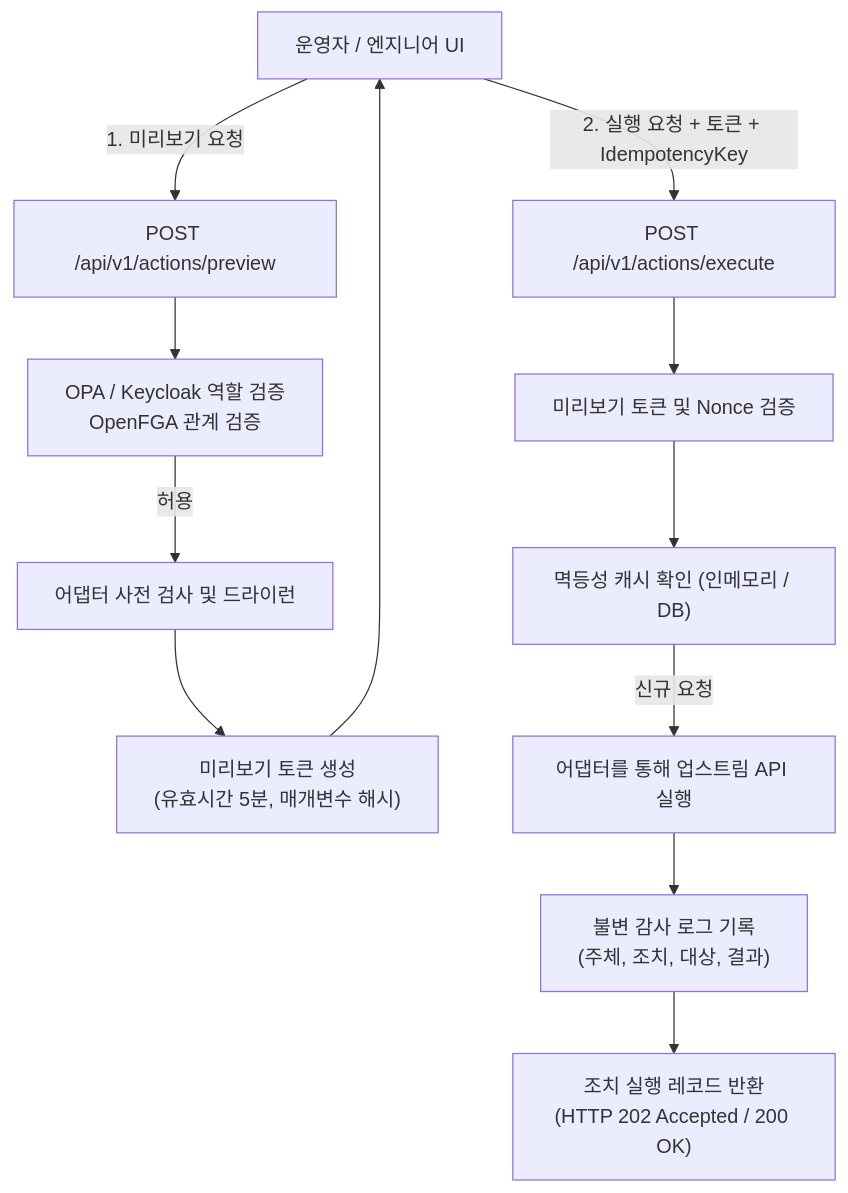
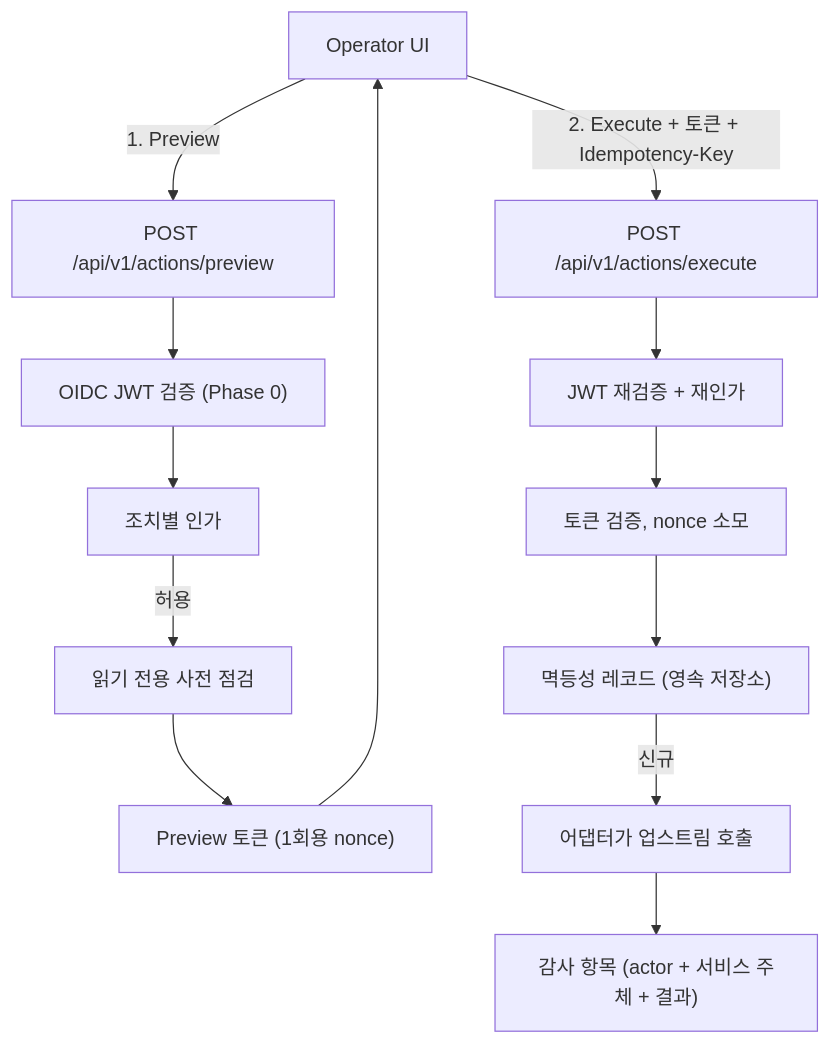
Before and after one commit to dasomel/beluga-manager: the diagram in docs/adr/0006-safe-actions-ko.md, drawn with Mermaid. The commit also changed other lines of this file and 3 other files, not shown here.

````diff
--- a/docs/adr/0006-safe-actions-ko.md
+++ b/docs/adr/0006-safe-actions-ko.md
@@ -107,14 +108,15 @@
 ```mermaid
 flowchart TD
-    User["운영자 / 엔지니어 UI"] -->|1. 미리보기 요청| Preview["POST /api/v1/actions/preview"]
-    Preview --> AuthCheck["OPA / Keycloak 역할 검증\nOpenFGA 관계 검증"]
-    AuthCheck -->|허용| Preflight["어댑터 사전 검사 및 드라이런"]
-    Preflight --> TokenGen["미리보기 토큰 생성\n(유효시간 5분, 매개변수 해시)"]
-    TokenGen --> User
-    User -->|2. 실행 요청 + 토큰 + IdempotencyKey| Exec["POST /api/v1/actions/execute"]
-    Exec --> TokenVal["미리보기 토큰 및 Nonce 검증"]
-    TokenVal --> IdempCheck["멱등성 캐시 확인 (인메모리 / DB)"]
-    IdempCheck -->|신규 요청| AdapterExec["어댑터를 통해 업스트림 API 실행"]
-    AdapterExec --> AuditLog["불변 감사 로그 기록\n(주체, 조치, 대상, 결과)"]
-    AuditLog --> Response["조치 실행 레코드 반환\n(HTTP 202 Accepted / 200 OK)"]
+    User["Operator UI"] -->|1. Preview| Preview["POST /api/v1/actions/preview"]
+    Preview --> Authn["OIDC JWT 검증 (Phase 0)"]
+    Authn --> Authz["조치별 인가"]
+    Authz -->|허용| Preflight["읽기 전용 사전 점검"]
+    Preflight --> Token["Preview 토큰 (1회용 nonce)"]
+    Token --> User
+    User -->|2. Execute + 토큰 + Idempotency-Key| Exec["POST /api/v1/actions/execute"]
+    Exec --> Reauth["JWT 재검증 + 재인가"]
+    Reauth --> TokenVal["토큰 검증, nonce 소모"]
+    TokenVal --> Idem["멱등성 레코드 (영속 저장소)"]
+    Idem -->|신규| Adapter["어댑터가 업스트림 호출"]
+    Adapter --> Audit["감사 항목 (actor + 서비스 주체 + 결과)"]
 ```
````
